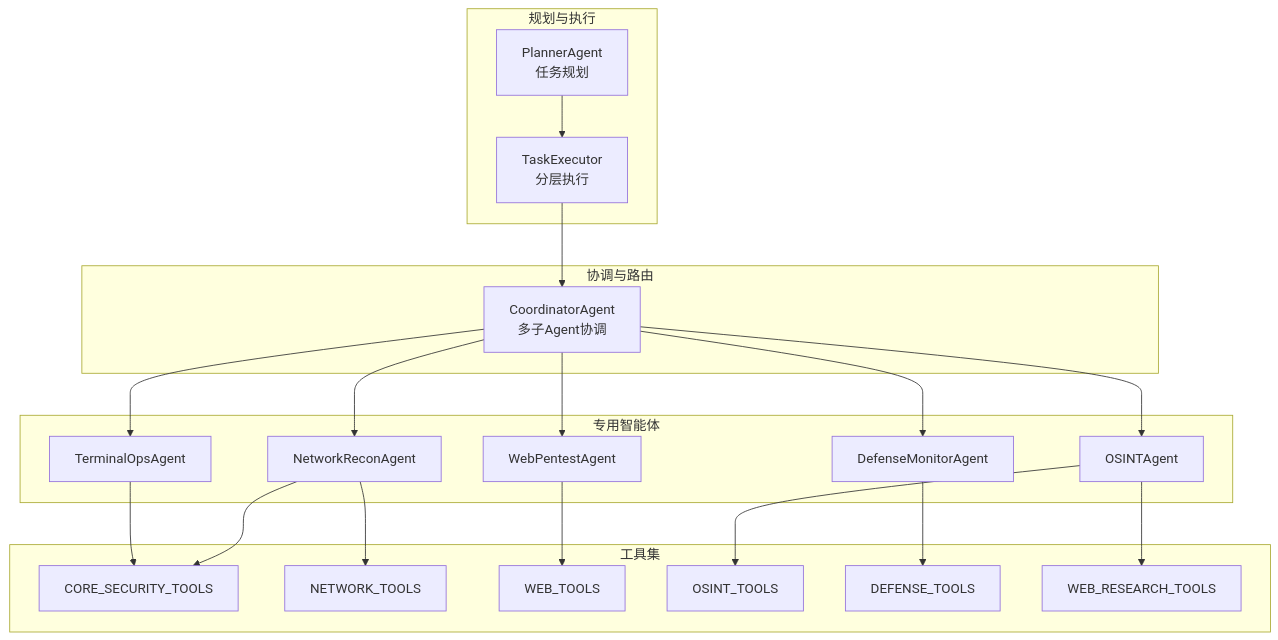
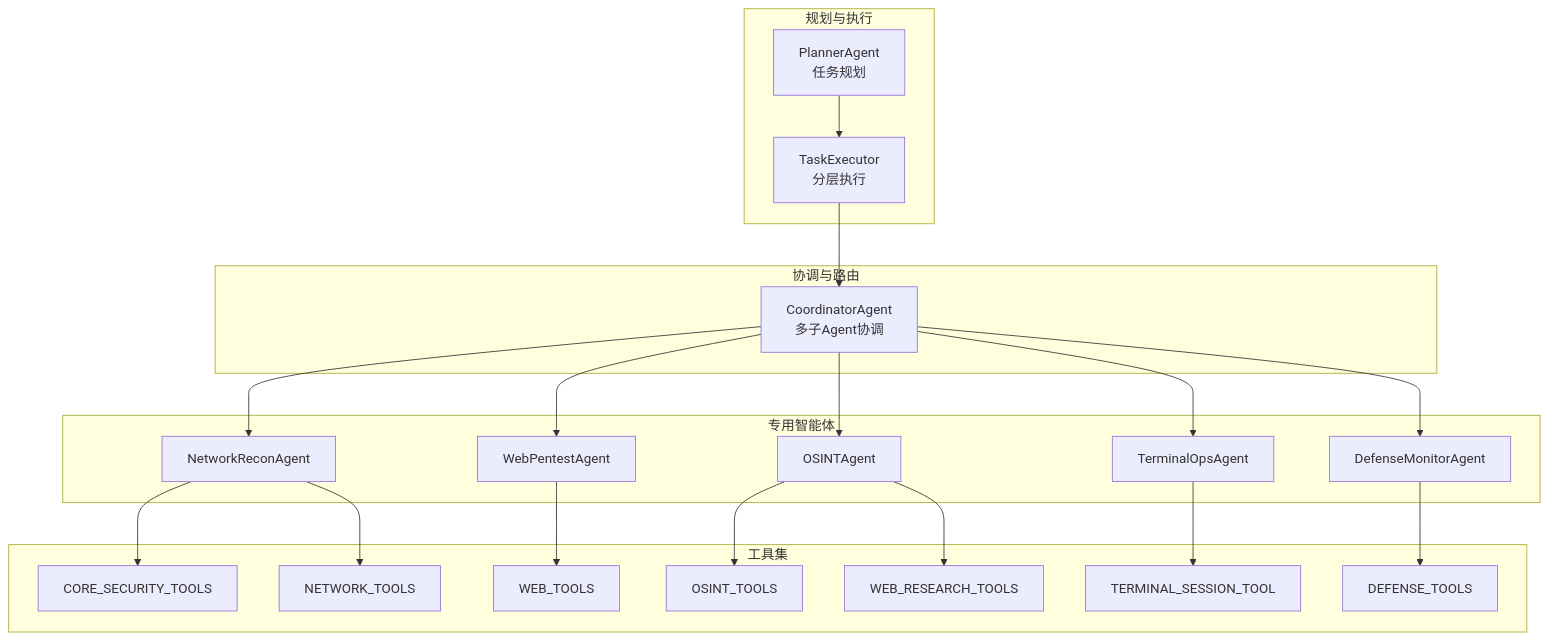
Before and after one commit to iammm0/secbot: the first of 3 diagrams in .qoder/repowiki/zh/content/项目概述/核心功能特性/多智能体协作系统/专用智能体.md, drawn with Mermaid. The commit also changed other lines of this file and 9 other files, not shown here.

````diff
--- a/.qoder/repowiki/zh/content/项目概述/核心功能特性/多智能体协作系统/专用智能体.md
+++ b/.qoder/repowiki/zh/content/项目概述/核心功能特性/多智能体协作系统/专用智能体.md
@@ -54,39 +56,40 @@
 ```mermaid
 graph TB
 subgraph "规划与执行"
 Planner["PlannerAgent<br/>任务规划"]
 Executor["TaskExecutor<br/>分层执行"]
 end
 subgraph "协调与路由"
 Coordinator["CoordinatorAgent<br/>多子Agent协调"]
 end
 subgraph "专用智能体"
 Net["NetworkReconAgent"]
 Web["WebPentestAgent"]
 Osint["OSINTAgent"]
 Term["TerminalOpsAgent"]
 Def["DefenseMonitorAgent"]
 end
 subgraph "工具集"
 SecTools["CORE_SECURITY_TOOLS"]
 NetTools["NETWORK_TOOLS"]
 WebTools["WEB_TOOLS"]
 OsintTools["OSINT_TOOLS"]
 DefTools["DEFENSE_TOOLS"]
 WebResTools["WEB_RESEARCH_TOOLS"]
+TermTools["TERMINAL_SESSION_TOOL"]
 end
 Planner --> Executor
 Executor --> Coordinator
 Coordinator --> Net
 Coordinator --> Web
 Coordinator --> Osint
 Coordinator --> Term
 Coordinator --> Def
 Net --> SecTools
 Net --> NetTools
 Web --> WebTools
 Osint --> OsintTools
 Osint --> WebResTools
-Term --> SecTools
+Term --> TermTools
 Def --> DefTools
 ```
````
